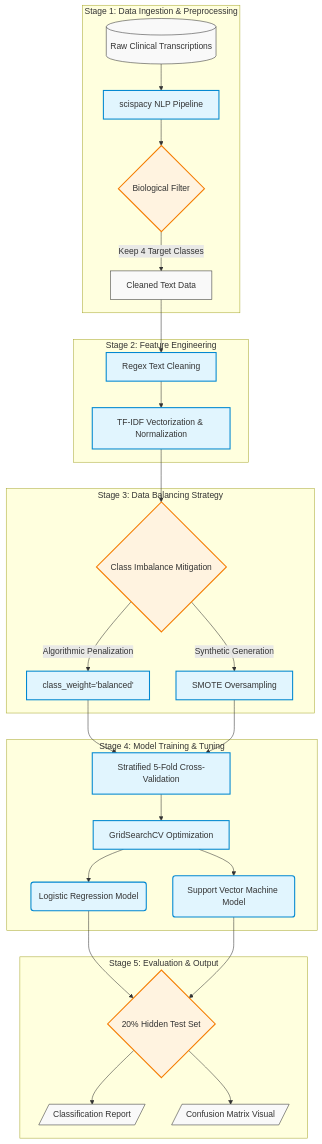
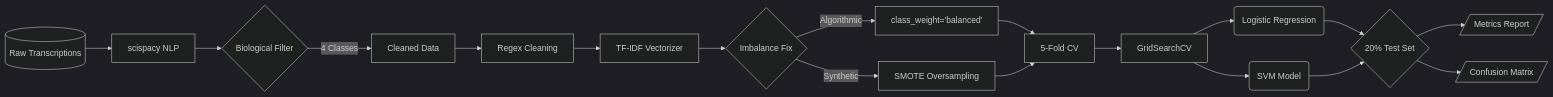
The diagram in README.md (AhmedShehab1/automated_medical_specialty_classification_from_clinical_notes), drawn with Mermaid before and after one commit.

Commit message:
fix: update mermaid diagram in README for clarity and accuracy

````diff
--- a/README.md
+++ b/README.md
@@ -1,48 +1,30 @@
 ```mermaid
-flowchart TD
-    %% Stage 1
-    subgraph Stage 1: Data Ingestion & Preprocessing
-        A[(Raw Clinical Transcriptions)] --> B[scispacy NLP Pipeline]
-        B --> C{Biological Filter}
-        C -->|Keep 4 Target Classes| D[Cleaned Text Data]
-    end
+%%{init: {'theme': 'dark'}}%%
+flowchart LR
+    %% Stage 1: Preprocessing
+    A[(Raw Transcriptions)] --> B[scispacy NLP]
+    B --> C{Biological Filter}
+    C -->|4 Classes| D[Cleaned Data]
 
-    %% Stage 2
-    subgraph Stage 2: Feature Engineering
-        D --> E[Regex Text Cleaning]
-        E --> F[TF-IDF Vectorization & Normalization]
-    end
+    %% Stage 2: Vectorization
+    D --> E[Regex Cleaning]
+    E --> F[TF-IDF Vectorizer]
 
-    %% Stage 3
-    subgraph Stage 3: Data Balancing Strategy
-        F --> G{Class Imbalance Mitigation}
-        G -->|Algorithmic Penalization| H[class_weight='balanced']
-        G -->|Synthetic Generation| I[SMOTE Oversampling]
-    end
+    %% Stage 3: Balancing
+    F --> G{Imbalance Fix}
+    G -->|Algorithmic| H[class_weight='balanced']
+    G -->|Synthetic| I[SMOTE Oversampling]
 
-    %% Stage 4
-    subgraph Stage 4: Model Training & Tuning
-        H --> J[Stratified 5-Fold Cross-Validation]
-        I --> J
-        J --> K[GridSearchCV Optimization]
-        K --> L(Logistic Regression Model)
-        K --> M(Support Vector Machine Model)
-    end
+    %% Stage 4: Training
+    H --> J[5-Fold CV]
+    I --> J
+    J --> K[GridSearchCV]
+    K --> L(Logistic Regression)
+    K --> M(SVM Model)
 
-    %% Stage 5
-    subgraph Stage 5: Evaluation & Output
-        L --> N{20% Hidden Test Set}
-        M --> N
-        N --> O[/Classification Report/]
-        N --> P[/Confusion Matrix Visual/]
-    end
-
-    %% Styling
-    classDef default fill:#f9f9f9,stroke:#333,stroke-width:1px;
-    classDef process fill:#e1f5fe,stroke:#0288d1,stroke-width:2px;
-    classDef decision fill:#fff3e0,stroke:#f57c00,stroke-width:2px;
-    
-    class A,D,O,P default;
-    class B,E,F,H,I,J,K,L,M process;
-    class C,G,N decision;
+    %% Stage 5: Output
+    L --> N{20% Test Set}
+    M --> N
+    N --> O[/Metrics Report/]
+    N --> P[/Confusion Matrix/]
 ```
````
